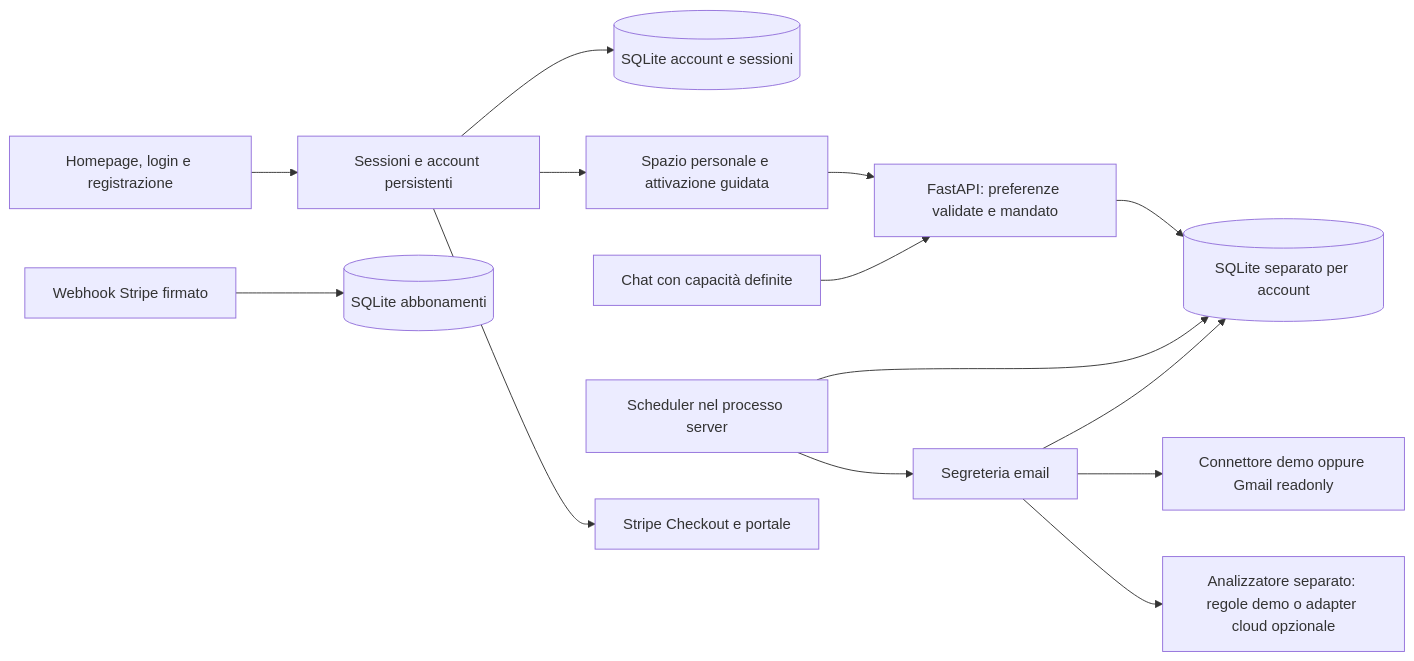
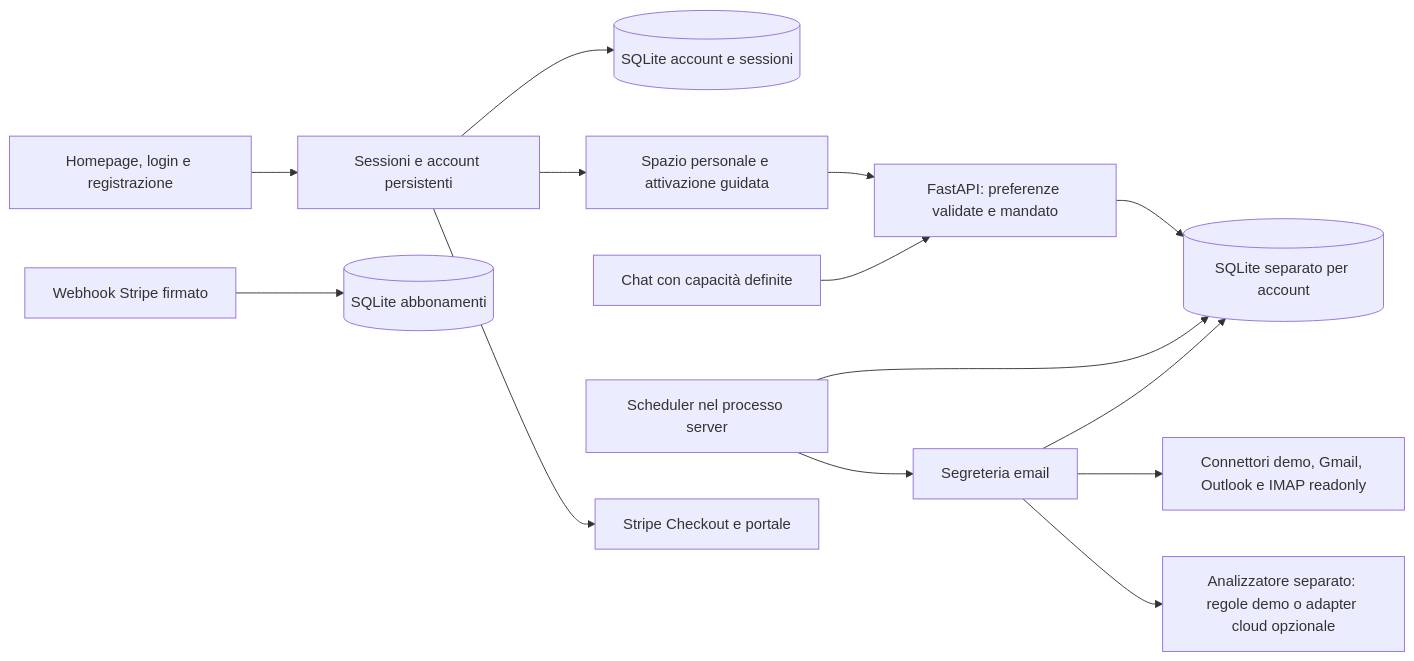
One commit to AsaroAlex/AlexChiara changed the diagram in docs/ARCHITETTURA.md. Above: the diagram before and after it, drawn with Mermaid. The commit also changed other lines of this file and 23 other files, not shown here.

Commit message:
Add private Gmail, Outlook and IMAP mailbox connection flows

````diff
--- a/docs/ARCHITETTURA.md
+++ b/docs/ARCHITETTURA.md
@@ -5,16 +5,16 @@
 ```mermaid
 flowchart LR
     HOME[Homepage, login e registrazione] --> AUTH[Sessioni e account persistenti]
     AUTH --> ACCOUNTS[(SQLite account e sessioni)]
     AUTH --> UI[Spazio personale e attivazione guidata]
     UI --> API[FastAPI: preferenze validate e mandato]
     CHAT[Chat con capacità definite] --> API
     API --> DB[(SQLite separato per account)]
     WORKER[Scheduler nel processo server] --> DB
     WORKER --> SERVICE[Segreteria email]
-    SERVICE --> CONN[Connettore demo oppure Gmail readonly]
+    SERVICE --> CONN[Connettori demo, Gmail, Outlook e IMAP readonly]
     SERVICE --> AI[Analizzatore separato: regole demo o adapter cloud opzionale]
     SERVICE --> DB
     AUTH --> BILLING[Stripe Checkout e portale]
     WEBHOOK[Webhook Stripe firmato] --> LEDGER[(SQLite abbonamenti)]
 ```
````
